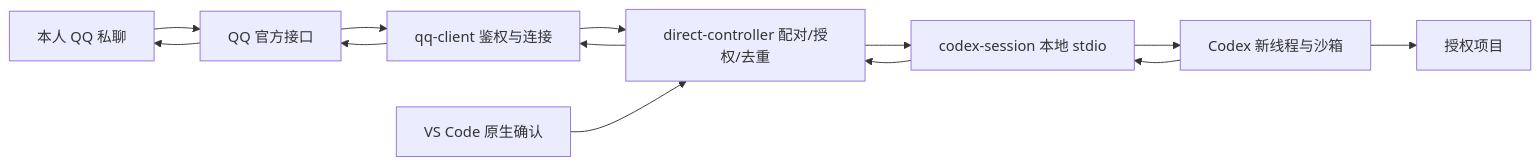
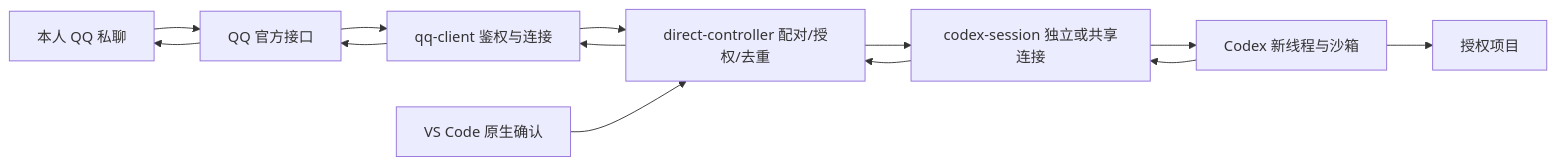
Before and after one commit to Young581/codex-anydevice: the diagram in docs/architecture.md, drawn with Mermaid. The commit also changed other lines of this file and 30 other files, not shown here.

````diff
--- a/docs/architecture.md
+++ b/docs/architecture.md
@@ -5,11 +5,11 @@
 ```mermaid
 flowchart LR
   Phone[本人 QQ 私聊] --> QQ[QQ 官方接口]
   QQ --> Client[qq-client 鉴权与连接]
   Client --> Control[direct-controller 配对/授权/去重]
-  Control --> Native[codex-session 本地 stdio]
+  Control --> Native[codex-session 独立或共享连接]
   Native --> Codex[Codex 新线程与沙箱]
   Codex --> Project[授权项目]
   VSCode[VS Code 原生确认] --> Control
   Codex --> Native --> Control --> Client --> QQ --> Phone
 ```
````
